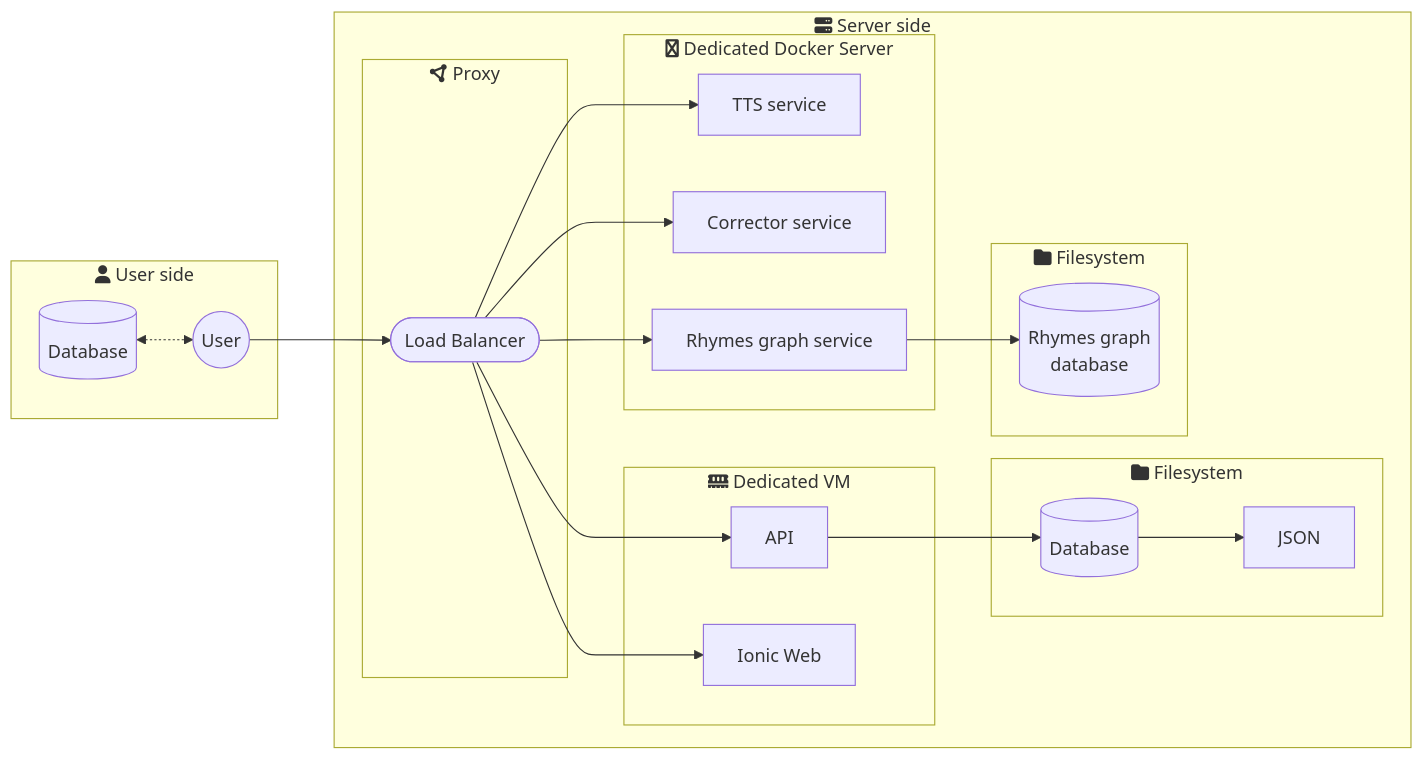
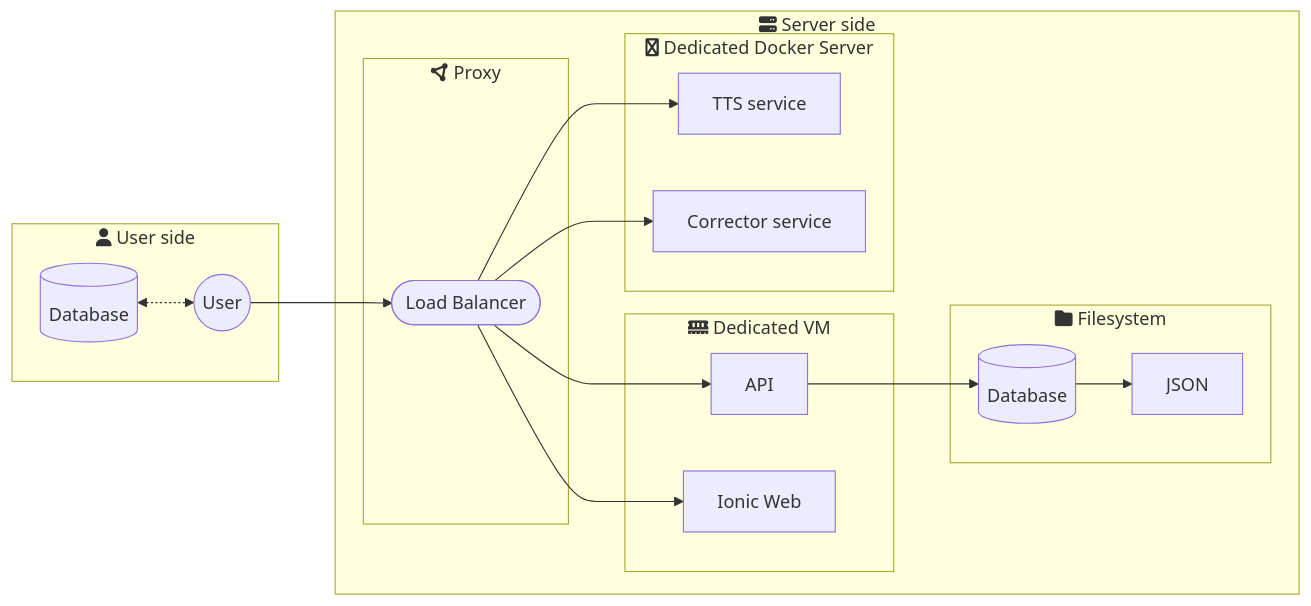
Before and after one commit to LabseSoftware/docs.remede.camarm.fr: the second of 4 diagrams in docs/lifecycles-schemas.md, drawn with Mermaid. The commit also changed other lines of this file, not shown here.

````diff
--- a/docs/lifecycles-schemas.md
+++ b/docs/lifecycles-schemas.md
@@ -50,27 +50,23 @@
 ```mermaid
 graph LR
     subgraph "`fa:fa-user User side`"
         J[(Database)] <-.-> A((User))
     end
     subgraph "`fa:fa-server Server side`"
         subgraph fa:fa-circle-nodes Proxy
             A((User)) --> B([Load Balancer])
         end
         subgraph fa:fa-memory Dedicated VM
             B --> C[API]
             B --> D[Ionic Web]
         end
         subgraph docker["`fa:fa-docker Dedicated Docker Server`"]
             B --> G[TTS service]
             B --> H[Corrector service]
-            B --> L[Rhymes graph service]
         end
         subgraph fa:fa-folder Filesystem
             C --> E[(Database)]
             E --> F[JSON]
         end
-        subgraph fa:fa-folder Filesystem
-            L --> O[(Rhymes graph\ndatabase)]
-        end
     end
 ```
````
